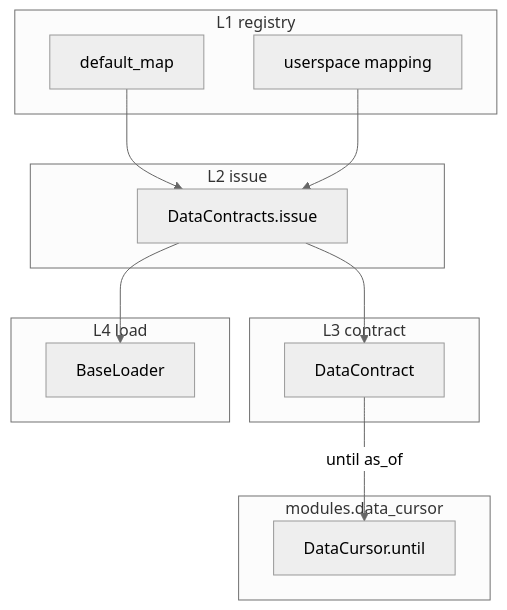
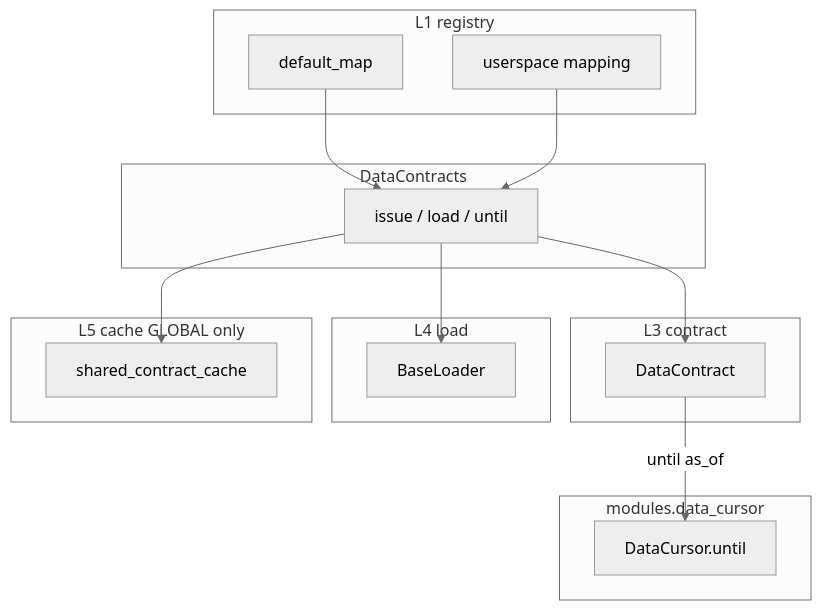
One commit to garnet1985/new-tea-quant changed the diagram in core/modules/data_contract/docs/ARCHITECTURE.md. Above: the diagram before and after it, drawn with Mermaid (neutral theme). The commit also changed other lines of this file and 45 other files, not shown here.

Commit message:
complete data contract refactor

````diff
--- a/core/modules/data_contract/docs/ARCHITECTURE.md
+++ b/core/modules/data_contract/docs/ARCHITECTURE.md
@@ -45,24 +46,28 @@
 ```mermaid
 flowchart TB
   subgraph L1 [L1 registry]
     M[default_map]
     U[userspace mapping]
   end
-  subgraph L2 [L2 issue]
-    F[DataContracts.issue]
+  subgraph Facade [DataContracts]
+    F[issue / load / until]
   end
   subgraph L3 [L3 contract]
     DC[DataContract]
   end
   subgraph L4 [L4 load]
     L[BaseLoader]
   end
+  subgraph L5 [L5 cache GLOBAL only]
+    C[shared_contract_cache]
+  end
   subgraph DCUR [modules.data_cursor]
     CUR[DataCursor.until]
   end
   M --> F
   U --> F
   F --> L
+  F --> C
   F --> DC
   DC -->|until as_of| CUR
 ```
````
